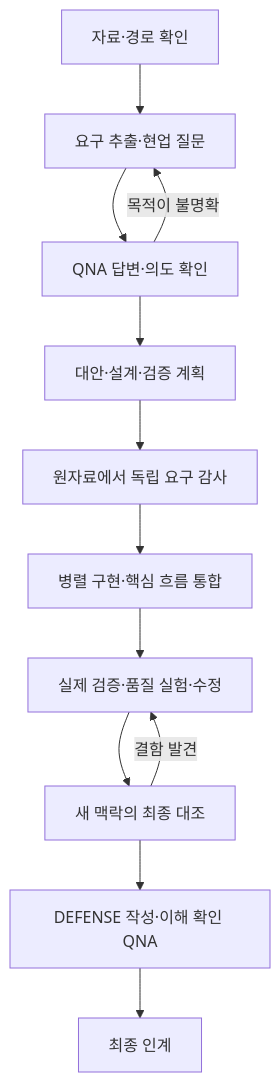
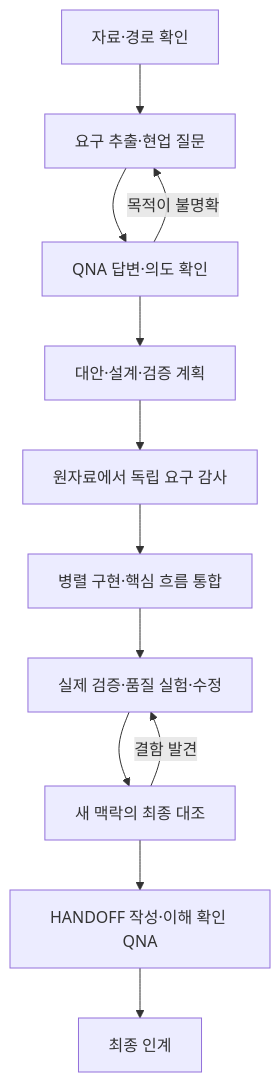
Before and after one commit to yunkio/project-orchestrator: the diagram in README.md, drawn with Mermaid. The commit also changed other lines of this file and 16 other files, not shown here.

````diff
--- a/README.md
+++ b/README.md
@@ -46,14 +46,14 @@
 ```mermaid
 flowchart TD
     A[자료·경로 확인] --> B[요구 추출·현업 질문]
     B --> C[QNA 답변·의도 확인]
     C --> D[대안·설계·검증 계획]
     D --> E[원자료에서 독립 요구 감사]
     E --> F[병렬 구현·핵심 흐름 통합]
     F --> G[실제 검증·품질 실험·수정]
     G --> H[새 맥락의 최종 대조]
-    H --> I[DEFENSE 작성·이해 확인 QNA]
+    H --> I[HANDOFF 작성·이해 확인 QNA]
     I --> J[최종 인계]
     H -->|결함 발견| G
     C -->|목적이 불명확| B
 ```
````
